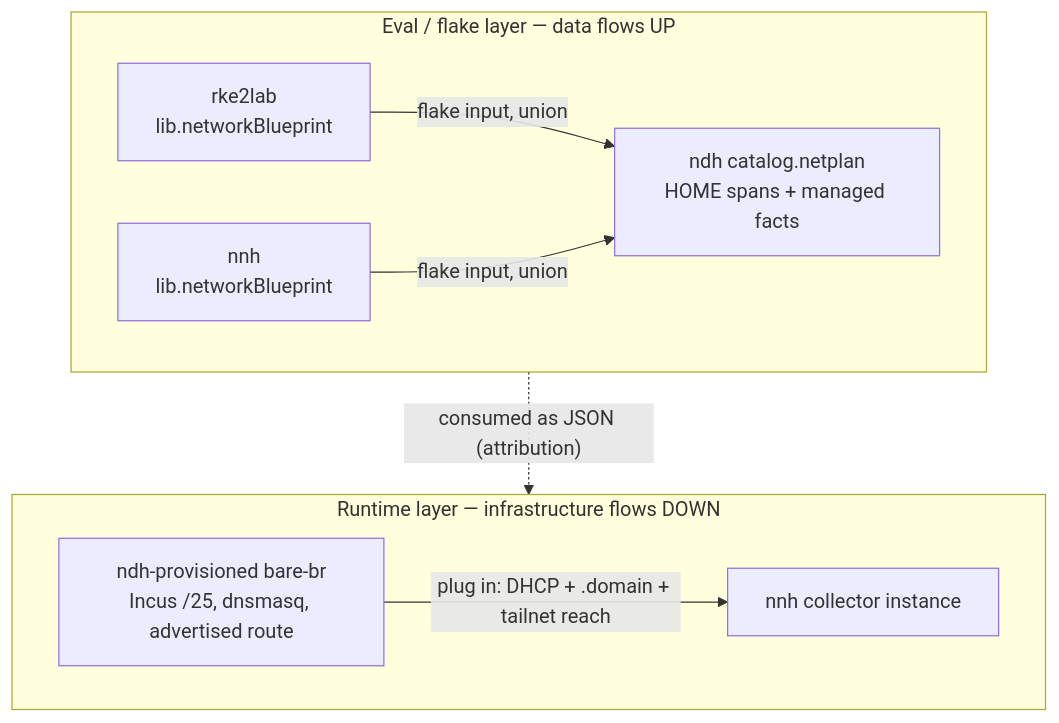
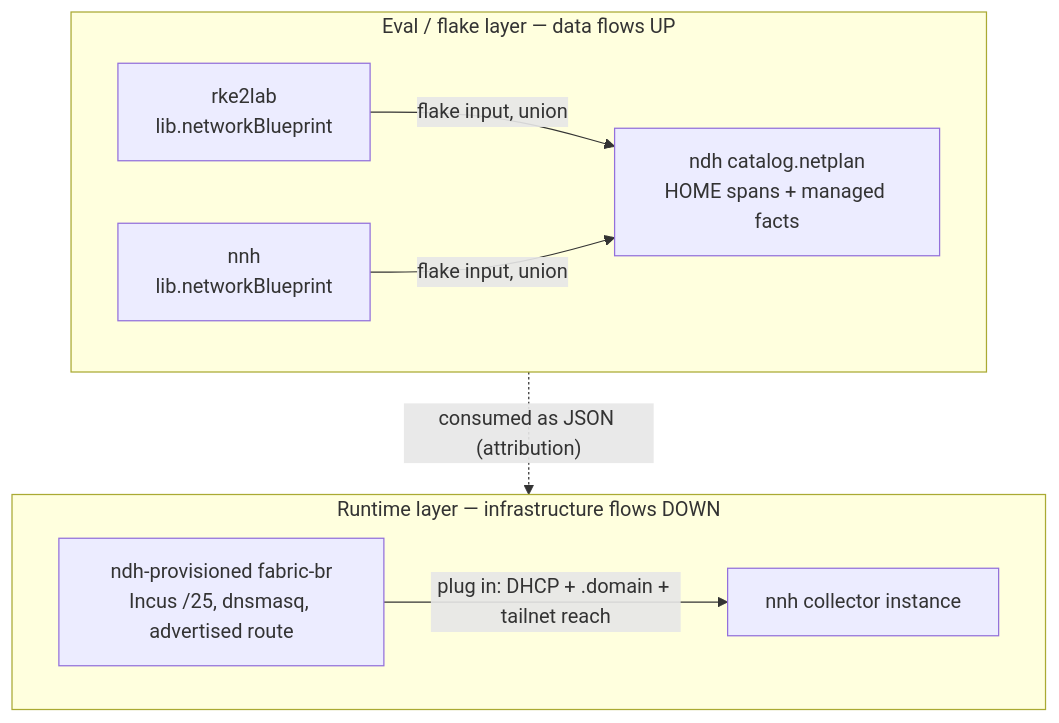
Before and after one commit to seedmatic/ndh: the third of 3 diagrams in docs/network-catalog.adoc, drawn with Mermaid. The commit also changed other lines of this file and 11 other files, not shown here.

```diff
--- a/docs/network-catalog.adoc
+++ b/docs/network-catalog.adoc
@@ -286,19 +286,19 @@
 [mermaid]
 ....
 flowchart TB
   subgraph eval [Eval / flake layer — data flows UP]
     direction LR
     RKE[rke2lab\nlib.networkBlueprint]
     NNHb[nnh\nlib.networkBlueprint]
     CAT[ndh catalog.netplan\nHOME spans + managed facts]
     RKE -->|flake input, union| CAT
     NNHb -->|flake input, union| CAT
   end
   subgraph runtime [Runtime layer — infrastructure flows DOWN]
     direction LR
-    BARE[ndh-provisioned bare-br\nIncus /25, dnsmasq, advertised route]
+    BARE[ndh-provisioned fabric-br\nIncus /25, dnsmasq, advertised route]
     NNHi[nnh collector instance]
     BARE -->|"plug in: DHCP + .domain + tailnet reach"| NNHi
   end
   CAT -. "consumed as JSON (attribution)" .-> NNHi
 ....
```
